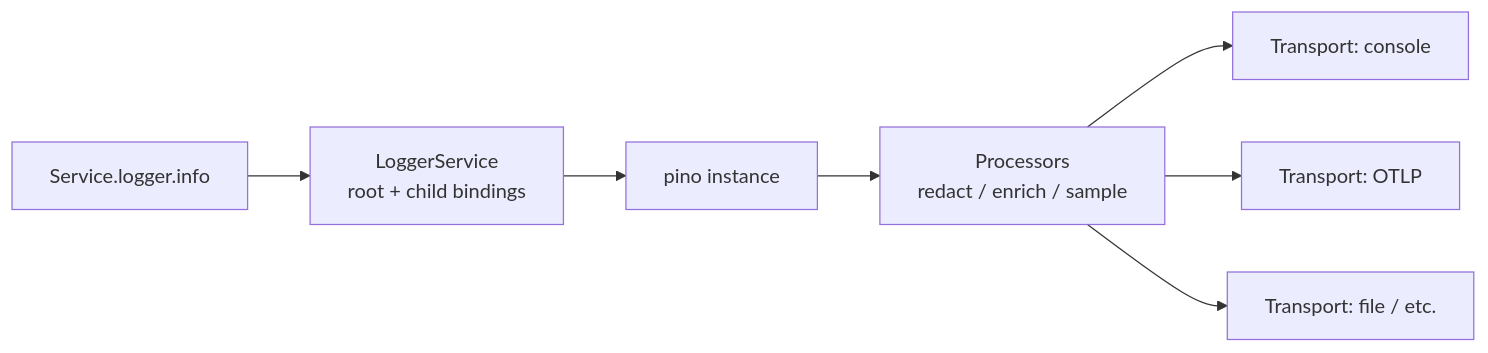
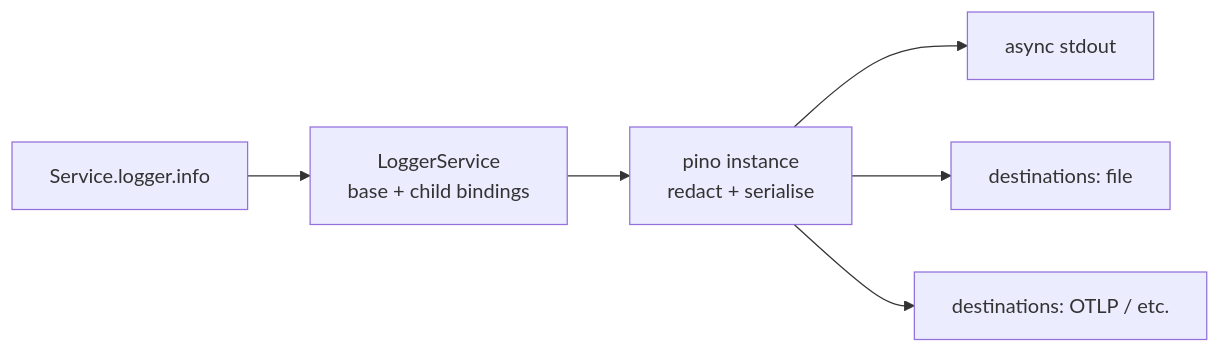
One commit to omnitron-dev/website changed the diagram in docs/titan/modules/logger.mdx. Above: the diagram before and after it, drawn with Mermaid. The commit also changed other lines of this file and 14 other files, not shown here.

````diff
--- a/docs/titan/modules/logger.mdx
+++ b/docs/titan/modules/logger.mdx
@@ -263,10 +303,9 @@
 ```mermaid
 flowchart LR
   Code[Service.logger.info]
-  Code --> Bind[LoggerService<br/>root + child bindings]
-  Bind --> Pino[pino instance]
-  Pino --> Proc[Processors<br/>redact / enrich / sample]
-  Proc --> Trans1[Transport: console]
-  Proc --> Trans2[Transport: OTLP]
-  Proc --> Trans3[Transport: file / etc.]
+  Code --> Bind[LoggerService<br/>base + child bindings]
+  Bind --> Pino[pino instance<br/>redact + serialise]
+  Pino --> Out1[async stdout]
+  Pino --> Out2[destinations: file]
+  Pino --> Out3[destinations: OTLP / etc.]
 ```
````
